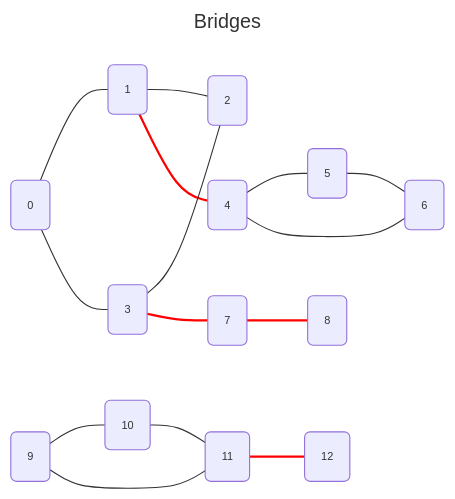
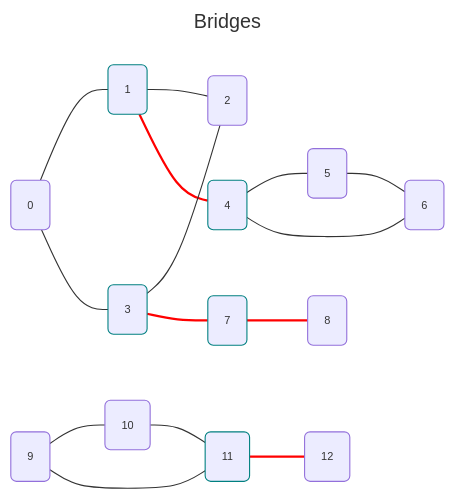
One commit to sweinst/Grafology changed the diagram in docs/algos/bridges_and_AP.md. Above: the diagram before and after it, drawn with Mermaid. The commit also changed other lines of this file, not shown here.

````diff
--- a/docs/algos/bridges_and_AP.md
+++ b/docs/algos/bridges_and_AP.md
@@ -17,42 +19,43 @@
 ```mermaid
 ---
 title: Bridges
 config:
   themeVariables:
     fontSize: 10px
     sectionFontSize: 10px
     edgeLabelBackground: transparent
 ---
 graph LR;
     0(0)
-    1(1)
+    1(1):::AP
     2(2)
-    3(3)
-    4(4)
+    3(3):::AP
+    4(4):::AP
     5(5)
     6(6)
-    7(7)
+    7(7):::AP
     8(8)
     9(9)
     10(10)
-    11(11)
+    11(11):::AP
     12(12)
 
     0 --- 1
     0 --- 3
     1 --- 2
     1 --- 4
     3 --- 2
     3 --- 7
     4 --- 5
     5 --- 6
     6 --- 4
     7 --- 8
     9 --- 10
     10 --- 11
     11 --- 9
     11 --- 12
 
+    classDef AP stroke:teal
     linkStyle default font-size: 15px
     linkStyle 3,5,9,13 stroke-width:2px, stroke:red, fill: none
 ```
````
